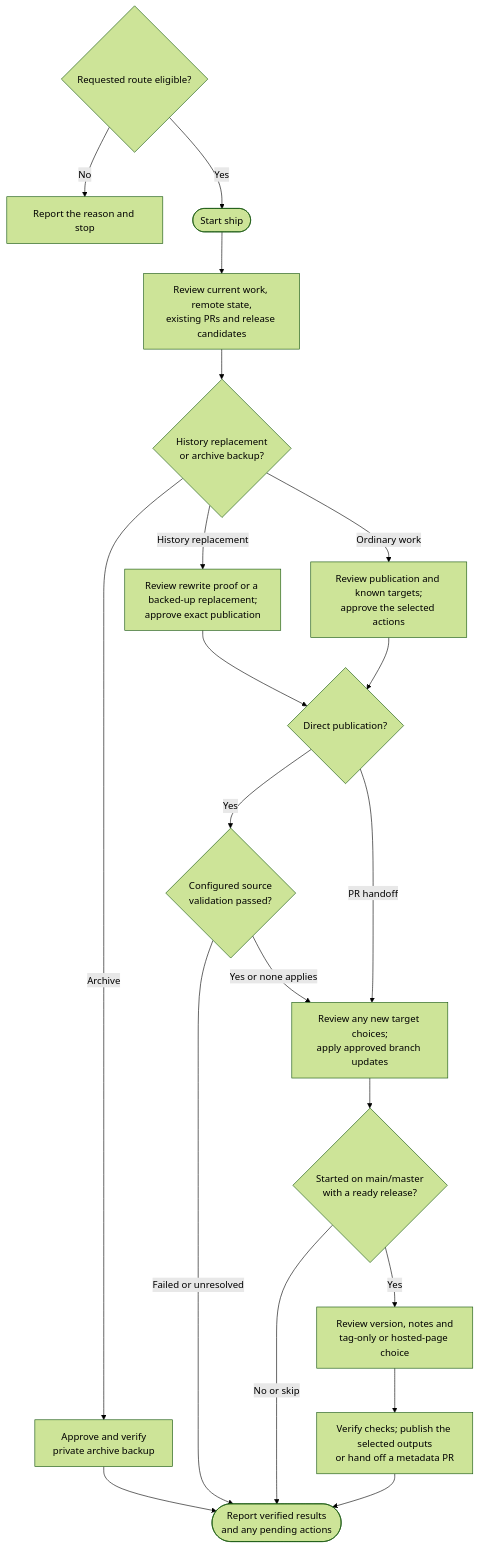
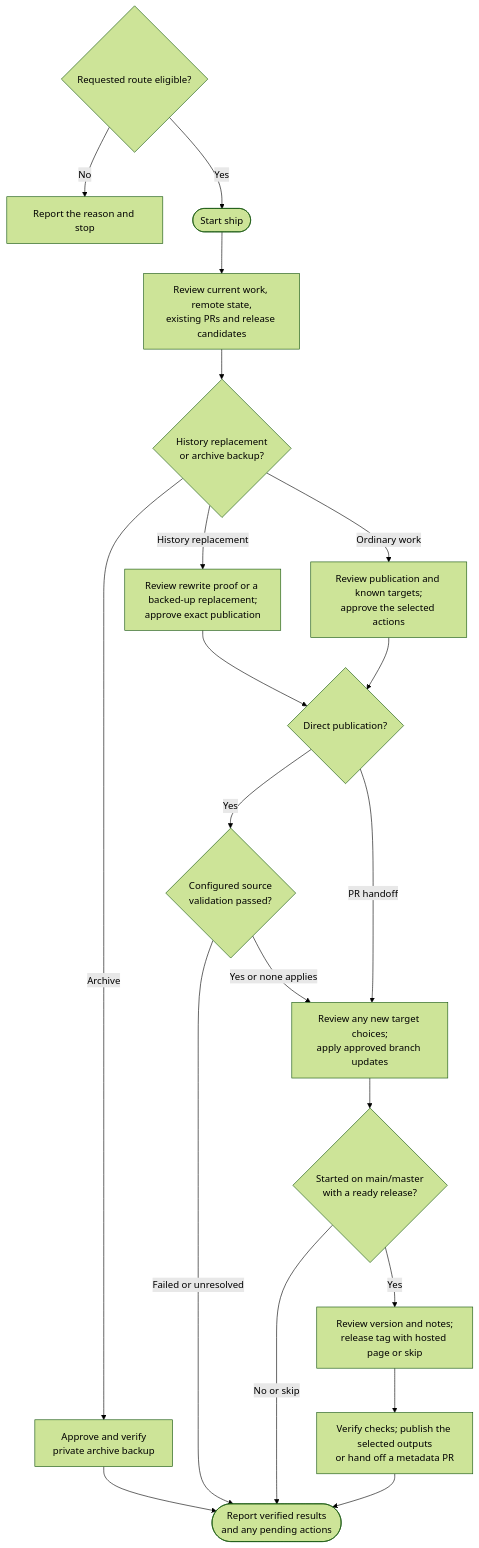
One commit to myowinthein/agent-helm changed the diagram in docs/commands/ship/detailed.md. Above: the diagram before and after it, drawn with Mermaid (forest theme). The commit also changed other lines of this file and 3 other files, not shown here.

````diff
--- a/docs/commands/ship/detailed.md
+++ b/docs/commands/ship/detailed.md
@@ -26,22 +26,22 @@
 ```mermaid
 flowchart TD
   Entry{"Requested route eligible?"} -->|No| Blocked["Report the reason and stop"]
   Entry -->|Yes| Start
   Start(["Start ship"]) --> Inspect["Review current work, remote state,<br/>existing PRs and release candidates"]
   Inspect --> Special{"History replacement<br/>or archive backup?"}
   Special -->|Archive| Backup["Approve and verify<br/>private archive backup"]
   Backup --> End(["Report verified results<br/>and any pending actions"])
   Special -->|History replacement| History["Review rewrite proof or a backed-up replacement;<br/>approve exact publication"]
   Special -->|Ordinary work| Source["Review publication and known targets;<br/>approve the selected actions"]
   History --> Method{"Direct publication?"}
   Source --> Method
   Method -->|Yes| Validation{"Configured source<br/>validation passed?"}
   Validation -->|Yes or none applies| Targets["Review any new target choices;<br/>apply approved branch updates"]
   Validation -->|Failed or unresolved| End
   Method -->|PR handoff| Targets
   Targets --> Ready{"Started on main/master<br/>with a ready release?"}
   Ready -->|No or skip| End
-  Ready -->|Yes| Release["Review version, notes and<br/>tag-only or hosted-page choice"]
+  Ready -->|Yes| Release["Review version and notes;<br/>release tag with hosted page or skip"]
   Release --> Result["Verify checks; publish the selected outputs<br/>or hand off a metadata PR"]
   Result --> End
 ```
````
